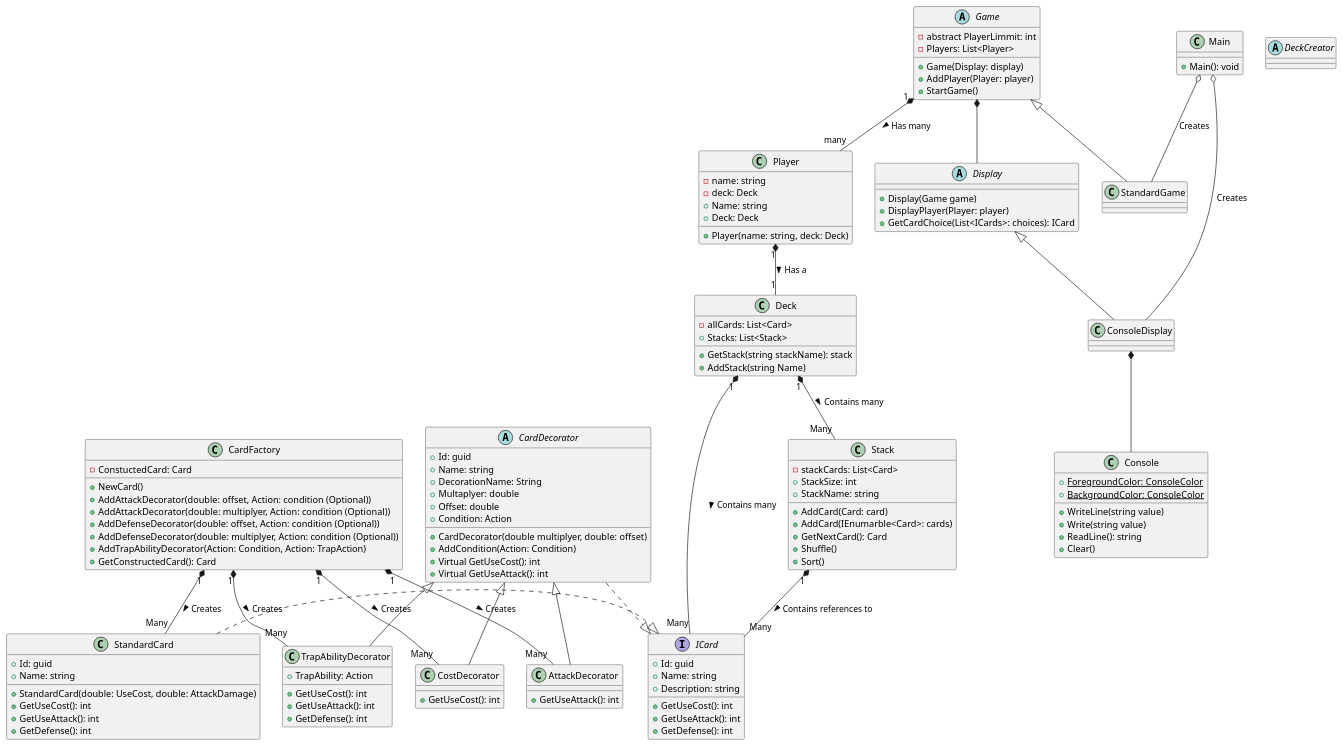
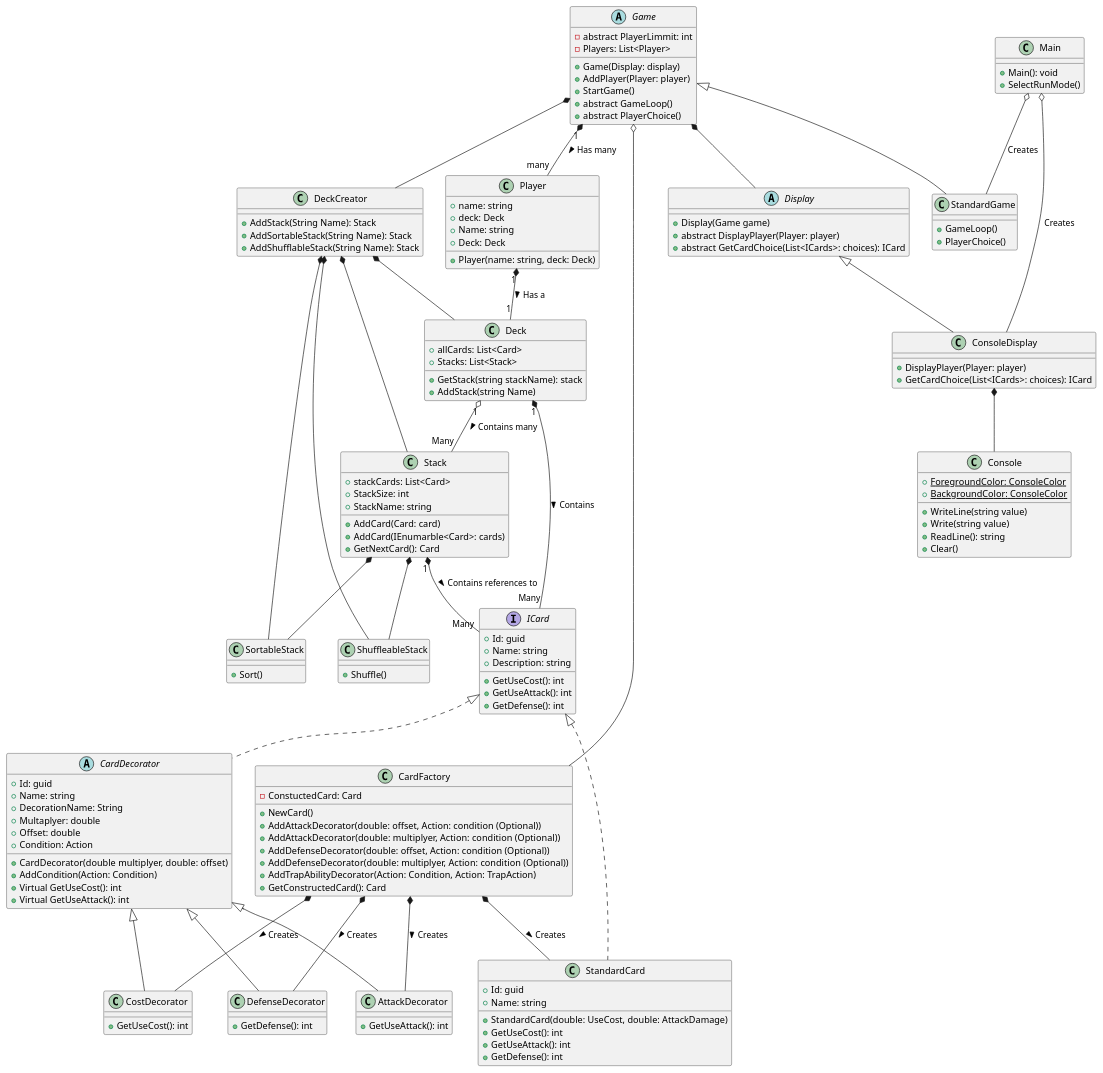
Before and after one commit to KunoDLK/UNIDesignPatternsICA: the diagram in Part 1 - Anlysis/Improved.wsd, drawn with PlantUML. The commit also changed 2 other files, not shown here.

Commit message:
improved diagrams

```diff
--- a/Part 1 - Anlysis/Improved.wsd
+++ b/Part 1 - Anlysis/Improved.wsd
@@ -1,147 +1,166 @@
 @startuml
 
 class Main {
     + Main(): void
+    + SelectRunMode()
 }
 
 class Console {
     + WriteLine(string value)
     + Write(string value)
     + ReadLine(): string
     + Clear()
     {static} +ForegroundColor: ConsoleColor
     {static} +BackgroundColor: ConsoleColor
 }
 
 class ConsoleDisplay extends Display {
-
+    + DisplayPlayer(Player: player)
+    + GetCardChoice(List<ICards>: choices): ICard
 }
 
 abstract Display {
     + Display(Game game)
-    + DisplayPlayer(Player: player)
-    + GetCardChoice(List<ICards>: choices): ICard
+    + abstract DisplayPlayer(Player: player)
+    + abstract GetCardChoice(List<ICards>: choices): ICard
 }
 
-abstract DeckCreator
-{
-    
-}
 
 class StandardGame extends Game{
-
+    + GameLoop()
+    + PlayerChoice()
 }
 
 abstract Game {
     - abstract PlayerLimmit: int
     - Players: List<Player>
     + Game(Display: display)
     + AddPlayer(Player: player)
     + StartGame()
+    + abstract GameLoop()
+    + abstract PlayerChoice()
 }
 
 class Player {
-    - name: string
-    - deck: Deck
+    + name: string
+    + deck: Deck
     + Player(name: string, deck: Deck)
     + Name: string
     + Deck: Deck
 }
 
 class Deck {
-    - allCards: List<Card>
+    + allCards: List<Card>
     + Stacks: List<Stack>
-    + GetStack(string stackName): stack 
+    + GetStack(string stackName): stack
     + AddStack(string Name)
 }
 
 class Stack {
-    - stackCards: List<Card>
+    + stackCards: List<Card>
     + StackSize: int
     + StackName: string
     + AddCard(Card: card)
     + AddCard(IEnumarble<Card>: cards)
     + GetNextCard(): Card
+}
+
+class SortableStack {
+    + Sort()
+}
+
+class ShuffleableStack {
     + Shuffle()
-    + Sort()
 }
 
 class CardFactory
 {
     - ConstuctedCard: Card
     + NewCard()
     + AddAttackDecorator(double: offset, Action: condition (Optional))
     + AddAttackDecorator(double: multiplyer, Action: condition (Optional))
     + AddDefenseDecorator(double: offset, Action: condition (Optional))
     + AddDefenseDecorator(double: multiplyer, Action: condition (Optional))
     + AddTrapAbilityDecorator(Action: Condition, Action: TrapAction)
     + GetConstructedCard(): Card
 }
 
 interface ICard {
     + Id: guid
     + Name: string
     + Description: string
     + GetUseCost(): int
     + GetUseAttack(): int
     + GetDefense(): int
 }
 
 abstract CardDecorator {
     + Id: guid
     + Name: string
     + DecorationName: String
     + Multaplyer: double
     + Offset: double
     + Condition: Action
     + CardDecorator(double multiplyer, double: offset)
     + AddCondition(Action: Condition)
     + Virtual GetUseCost(): int
     + Virtual GetUseAttack(): int
 }
 
 class AttackDecorator extends CardDecorator {
     + GetUseAttack(): int
 }
 
 class CostDecorator extends CardDecorator {
     + GetUseCost(): int
 }
 
-class TrapAbilityDecorator extends CardDecorator {
-    + TrapAbility: Action
-    + GetUseCost(): int
-    + GetUseAttack(): int
+class DefenseDecorator extends CardDecorator {
     + GetDefense(): int
 }
-
 class StandardCard {
     + Id: guid
     + Name: string
     + StandardCard(double: UseCost, double: AttackDamage)
     + GetUseCost(): int
     + GetUseAttack(): int
     + GetDefense(): int
 }
 
+Class DeckCreator {
+    + AddStack(String Name): Stack
+    + AddSortableStack(String Name): Stack
+    + AddShufflableStack(String Name): Stack
+}
 
 Main o-- StandardGame: Creates
 Main o-- ConsoleDisplay: Creates
+
+
 ConsoleDisplay *-- Console
 Game *-- Display
 Game "1" *-- "many" Player : Has many >
 
 Player "1" *-- "1" Deck : Has a >
-Deck "1" *-- "Many" Stack : Contains many >
+Game o-down- CardFactory
+Game *-down- DeckCreator
 
-Deck "1" *-- "Many" ICard : Contains many >
+DeckCreator *-down- Stack
+DeckCreator *-down- SortableStack
+DeckCreator *-down- ShuffleableStack
+DeckCreator *-down- Deck
+
+Deck "1" o-- "Many" Stack : Contains many >
+Deck "1" *-- "Many" ICard : Contains >
 Stack "1" *-- "Many" ICard : Contains references to  >
+Stack *-down- SortableStack
+Stack *-down- ShuffleableStack
 
-StandardCard .|> ICard
-CardDecorator .|> ICard
-CardFactory "1" *-- "Many" StandardCard : Creates >
-CardFactory "1" *-- "Many" AttackDecorator : Creates >
-CardFactory "1" *-- "Many" CostDecorator : Creates >
-CardFactory "1" *-- "Many" TrapAbilityDecorator : Creates >
+StandardCard .up.|> ICard
+CardDecorator .up.|> ICard
+CardFactory *-down- StandardCard : Creates >
+CardFactory *-down- AttackDecorator : Creates >
+CardFactory *-down- CostDecorator : Creates >
+CardFactory *-down- DefenseDecorator : Creates >
 
 @enduml
```
